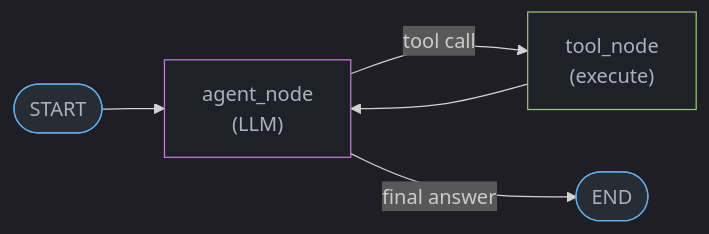
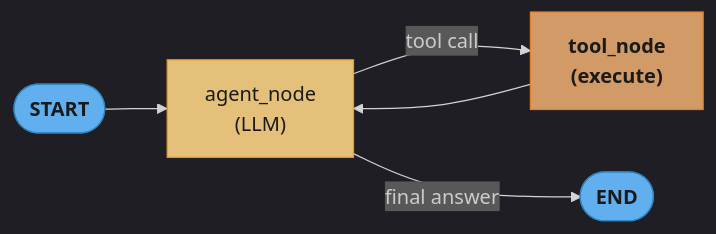
One commit to rppol/system-design changed the first of 6 diagrams in src/main/java/com/rutik/systemdesign/llm/agentic_frameworks/langgraph.md. Above: the diagram before and after it, drawn with Mermaid. The commit also changed other lines of this file and 88 other files, not shown here.

````diff
--- a/src/main/java/com/rutik/systemdesign/llm/agentic_frameworks/langgraph.md
+++ b/src/main/java/com/rutik/systemdesign/llm/agentic_frameworks/langgraph.md
@@ -46,16 +46,20 @@
 ```mermaid
 %%{init: {'flowchart': {'curve': 'basis'}, 'theme': 'dark'}}%%
 flowchart LR
+    classDef io      fill:#61afef,stroke:#2e86c1,color:#1a1a1a,font-weight:bold
+    classDef frozen  fill:#c678dd,stroke:#9b59b6,color:#fff
+    classDef train   fill:#98c379,stroke:#27ae60,color:#1a1a1a
+    classDef mathOp  fill:#d19a66,stroke:#e67e22,color:#1a1a1a,font-weight:bold
+    classDef lossN   fill:#e06c75,stroke:#c0392b,color:#fff,font-weight:bold
+    classDef req     fill:#56b6c2,stroke:#0097a7,color:#1a1a1a
+    classDef base    fill:#e5c07b,stroke:#f39c12,color:#1a1a1a
+
     S([START]) --> AgentNode["agent_node\n(LLM)"]
     AgentNode -- tool call --> ToolNode["tool_node\n(execute)"]
     ToolNode --> AgentNode
     AgentNode -- final answer --> E([END])
 
-    classDef io     fill:#282c34,stroke:#61afef,color:#abb2bf
-    classDef llm    fill:#1e2127,stroke:#c678dd,color:#abb2bf
-    classDef proc   fill:#1e2127,stroke:#98c379,color:#abb2bf
-
     class S,E io
-    class AgentNode llm
-    class ToolNode proc
+    class AgentNode base
+    class ToolNode mathOp
 ```
````
